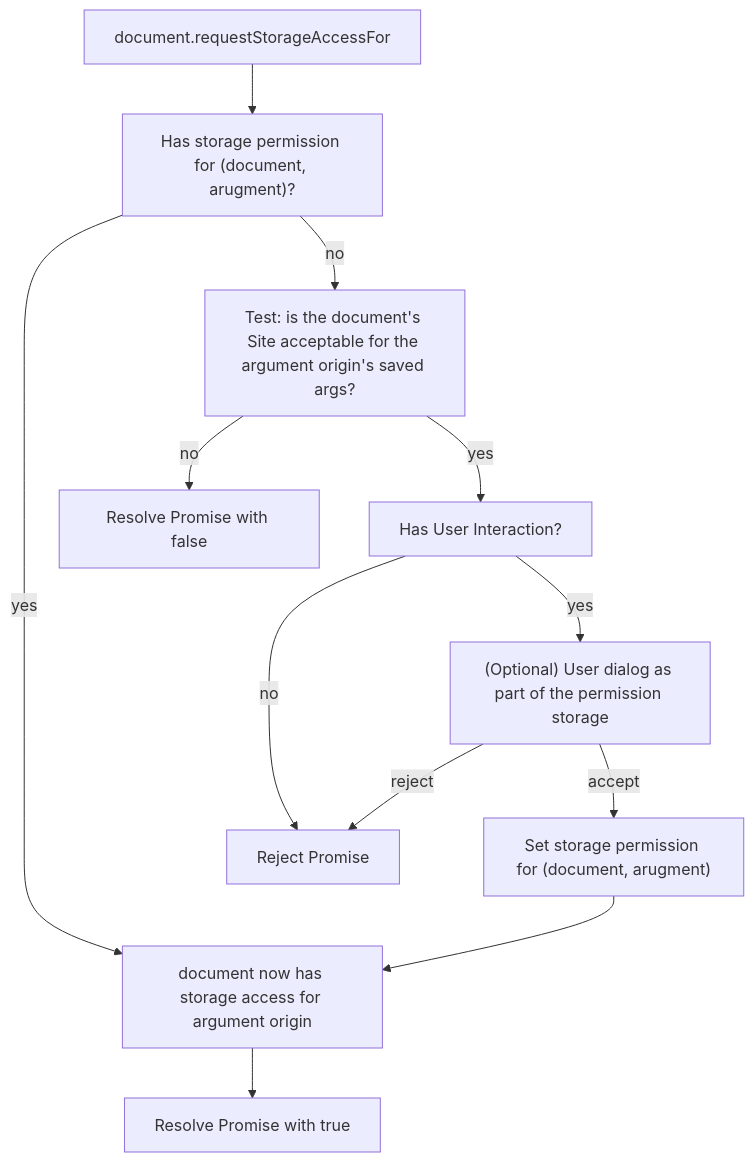
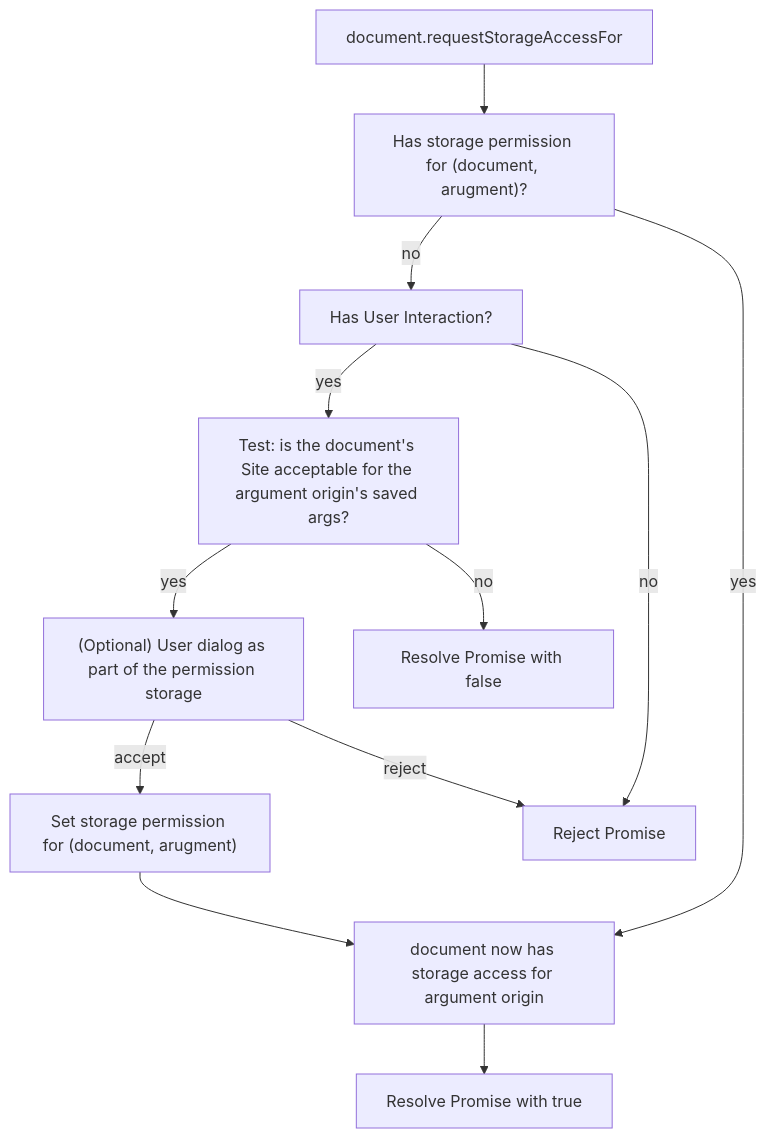
One commit to bvandersloot-mozilla/top-level-storage-access changed the first of 2 diagrams in README.md. Above: the diagram before and after it, drawn with Mermaid. The commit also changed other lines of this file, not shown here.

````diff
--- a/README.md
+++ b/README.md
@@ -26,26 +26,26 @@
 ```mermaid
 flowchart TD
     s[document.requestStorageAccessFor] 
     perm["Has storage permission for (document, arugment)?"]
     setPerm["Set storage permission for (document, arugment)"]
     ui[Has User Interaction?]
     prompt["(Optional) User dialog as part of the permission storage"]
     acceptable[Test: is the document's Site acceptable for the argument origin's saved args?]
     give[document now has storage access for argument origin]
     resolveTrue[Resolve Promise with true]
     resolveFalse[Resolve Promise with false]
     reject[Reject Promise]
 
     s --> perm
     perm -->|yes| give
     give --> resolveTrue
-    perm -->|no| acceptable
-    acceptable -->|yes| ui
+    perm -->|no| ui
+    ui -->|yes| acceptable
     ui -->|no| reject
-    ui -->|yes| prompt
+    acceptable -->|yes| prompt
     prompt -->|reject| reject 
     prompt -->|accept| setPerm
     setPerm --> give
     acceptable -->|no| resolveFalse
 
 ```
````
